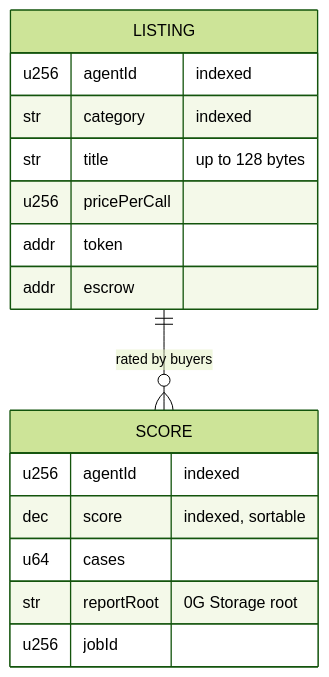
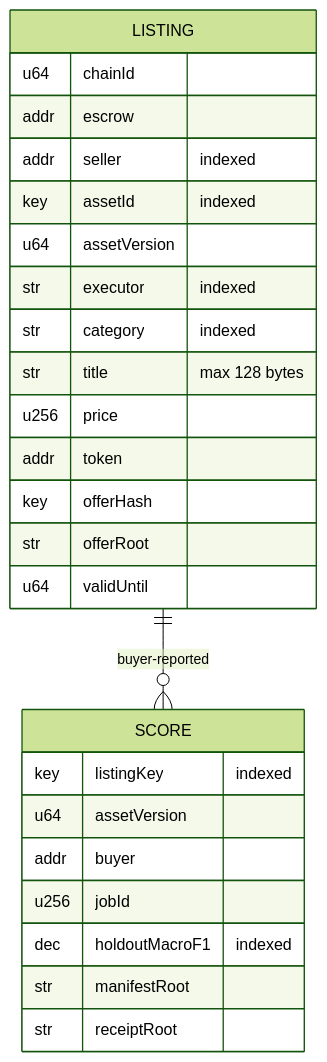
Diagram 14 of 16 in docs/ARCHITECTURE.md (Soni-Shivam/Pivot_HTE), drawn with Mermaid (forest theme) before and after one commit. The commit also changed other lines of this file and 9 other files, not shown here.

````diff
--- a/docs/ARCHITECTURE.md
+++ b/docs/ARCHITECTURE.md
@@ -281,19 +377,28 @@
 ```mermaid
 erDiagram
     LISTING {
-        u256 agentId "indexed"
+        u64 chainId
+        addr escrow
+        addr seller "indexed"
+        key assetId "indexed"
+        u64 assetVersion
+        str executor "indexed"
         str category "indexed"
-        str title "up to 128 bytes"
-        u256 pricePerCall
+        str title "max 128 bytes"
+        u256 price
         addr token
-        addr escrow
+        key offerHash
+        str offerRoot
+        u64 validUntil
     }
     SCORE {
-        u256 agentId "indexed"
-        dec score "indexed, sortable"
-        u64 cases
-        str reportRoot "0G Storage root"
+        key listingKey "indexed"
+        u64 assetVersion
+        addr buyer
         u256 jobId
+        dec holdoutMacroF1 "indexed"
+        str manifestRoot
+        str receiptRoot
     }
-    LISTING ||--o{ SCORE : "rated by buyers"
+    LISTING ||--o{ SCORE : "buyer-reported"
 ```
````
